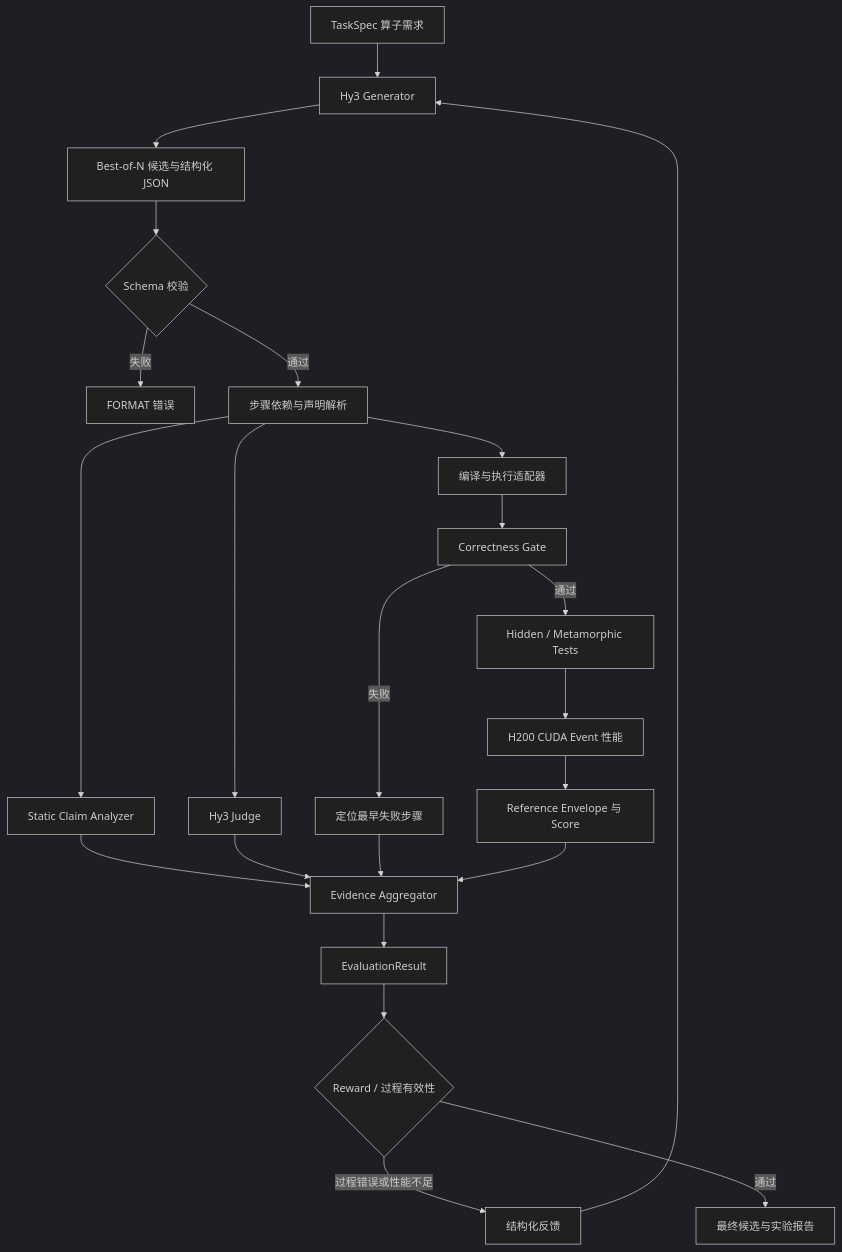
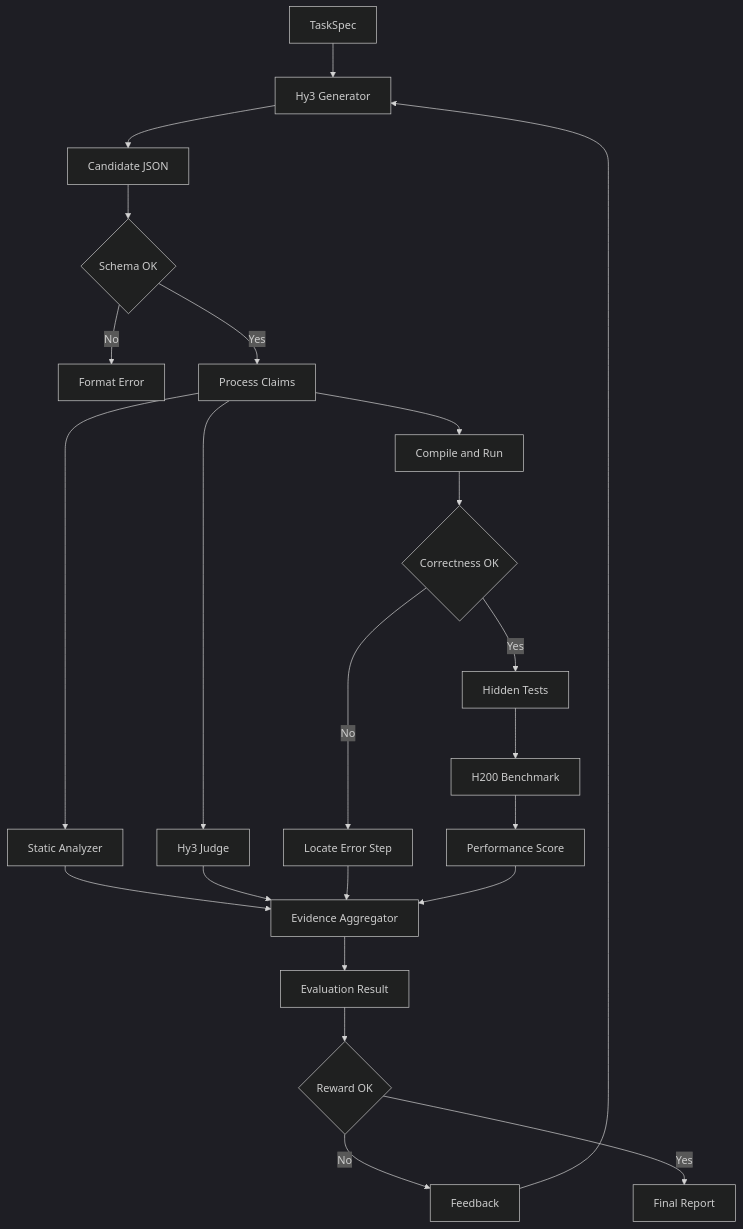
Before and after one commit to Dayuxiaoshui/KernelScope-Hy3: the diagram in README.md, drawn with Mermaid (dark theme).

Commit message:
docs: simplify Mermaid architecture diagram

````diff
--- a/README.md
+++ b/README.md
@@ -53,25 +53,25 @@
 ```mermaid
 flowchart TD
-    A[TaskSpec 算子需求] --> B[Hy3 Generator]
-    B --> C[Best-of-N 候选与结构化 JSON]
-    C --> D{Schema 校验}
-    D -- 失败 --> E[FORMAT 错误]
-    D -- 通过 --> F[步骤依赖与声明解析]
-    F --> G[Static Claim Analyzer]
+    A[TaskSpec] --> B[Hy3 Generator]
+    B --> C[Candidate JSON]
+    C --> D{Schema OK}
+    D -- No --> E[Format Error]
+    D -- Yes --> F[Process Claims]
+    F --> G[Static Analyzer]
     F --> H[Hy3 Judge]
-    F --> I[编译与执行适配器]
-    I --> J[Correctness Gate]
-    J -- 失败 --> K[定位最早失败步骤]
-    J -- 通过 --> L[Hidden / Metamorphic Tests]
-    L --> M[H200 CUDA Event 性能]
-    M --> N[Reference Envelope 与 Score]
+    F --> I[Compile and Run]
+    I --> J{Correctness OK}
+    J -- No --> K[Locate Error Step]
+    J -- Yes --> L[Hidden Tests]
+    L --> M[H200 Benchmark]
+    M --> N[Performance Score]
     G --> O[Evidence Aggregator]
     H --> O
     K --> O
     N --> O
-    O --> P[EvaluationResult]
-    P --> Q{Reward / 过程有效性}
-    Q -- 过程错误或性能不足 --> R[结构化反馈]
+    O --> P[Evaluation Result]
+    P --> Q{Reward OK}
+    Q -- No --> R[Feedback]
     R --> B
-    Q -- 通过 --> S[最终候选与实验报告]
+    Q -- Yes --> S[Final Report]
 ```
````
